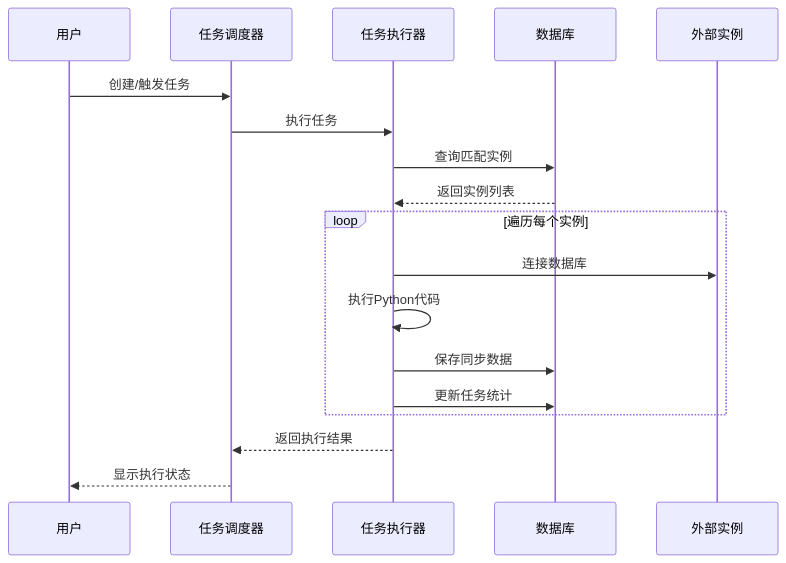
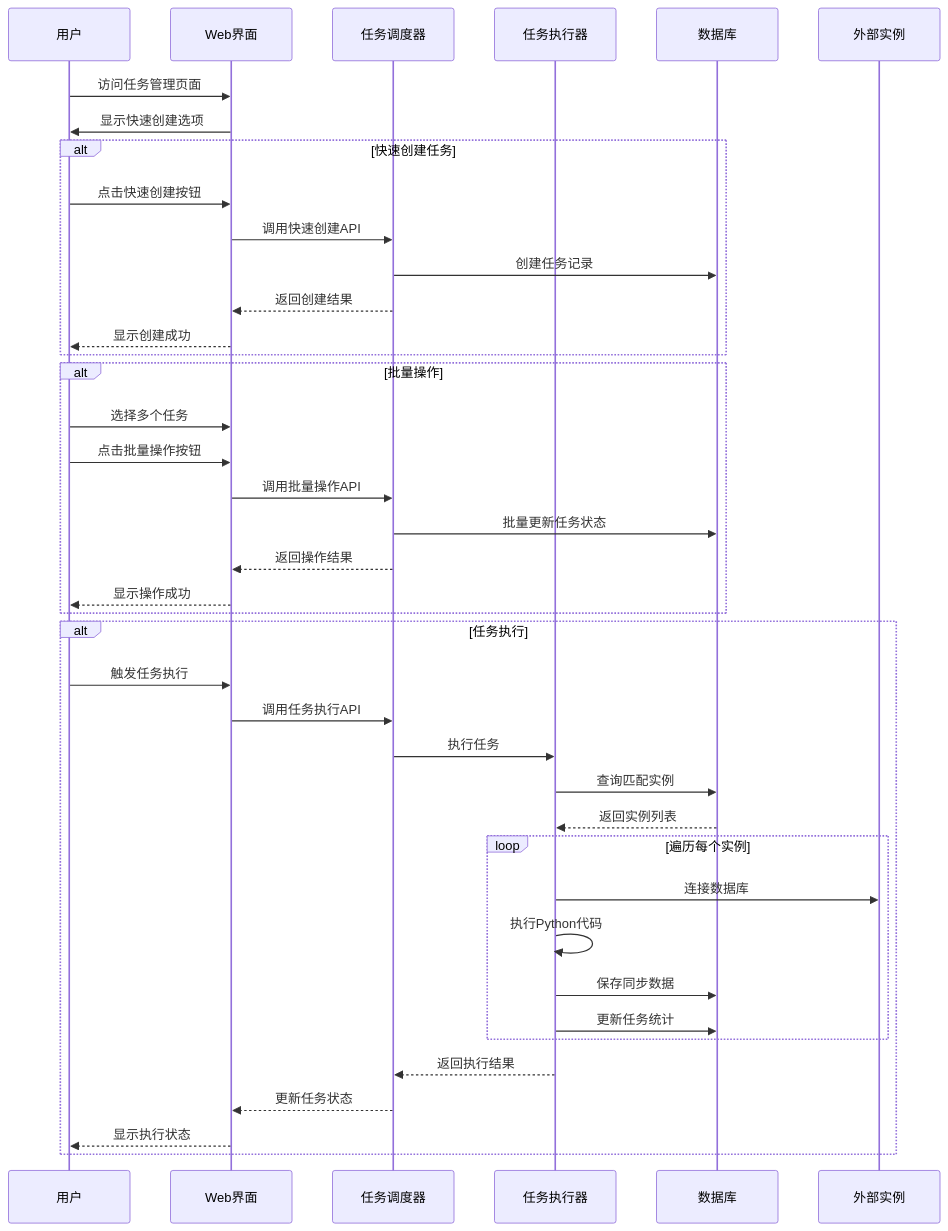
One commit to nyealovey/TaifishingV4 changed the third of 3 diagrams in doc/spec.md. Above: the diagram before and after it, drawn with Mermaid. The commit also changed other lines of this file and 2 other files, not shown here.

````diff
--- a/doc/spec.md
+++ b/doc/spec.md
@@ -350,23 +386,48 @@
 ```mermaid
 sequenceDiagram
     participant U as 用户
+    participant W as Web界面
     participant T as 任务调度器
     participant E as 任务执行器
     participant D as 数据库
     participant I as 外部实例
     
-    U->>T: 创建/触发任务
-    T->>E: 执行任务
-    E->>D: 查询匹配实例
-    D-->>E: 返回实例列表
+    U->>W: 访问任务管理页面
+    W->>U: 显示快速创建选项
     
-    loop 遍历每个实例
-        E->>I: 连接数据库
-        E->>E: 执行Python代码
-        E->>D: 保存同步数据
-        E->>D: 更新任务统计
+    alt 快速创建任务
+        U->>W: 点击快速创建按钮
+        W->>T: 调用快速创建API
+        T->>D: 创建任务记录
+        T-->>W: 返回创建结果
+        W-->>U: 显示创建成功
     end
     
-    E-->>T: 返回执行结果
-    T-->>U: 显示执行状态
+    alt 批量操作
+        U->>W: 选择多个任务
+        U->>W: 点击批量操作按钮
+        W->>T: 调用批量操作API
+        T->>D: 批量更新任务状态
+        T-->>W: 返回操作结果
+        W-->>U: 显示操作成功
+    end
+    
+    alt 任务执行
+        U->>W: 触发任务执行
+        W->>T: 调用任务执行API
+        T->>E: 执行任务
+        E->>D: 查询匹配实例
+        D-->>E: 返回实例列表
+        
+        loop 遍历每个实例
+            E->>I: 连接数据库
+            E->>E: 执行Python代码
+            E->>D: 保存同步数据
+            E->>D: 更新任务统计
+        end
+        
+        E-->>T: 返回执行结果
+        T-->>W: 更新任务状态
+        W-->>U: 显示执行状态
+    end
 ```
````
